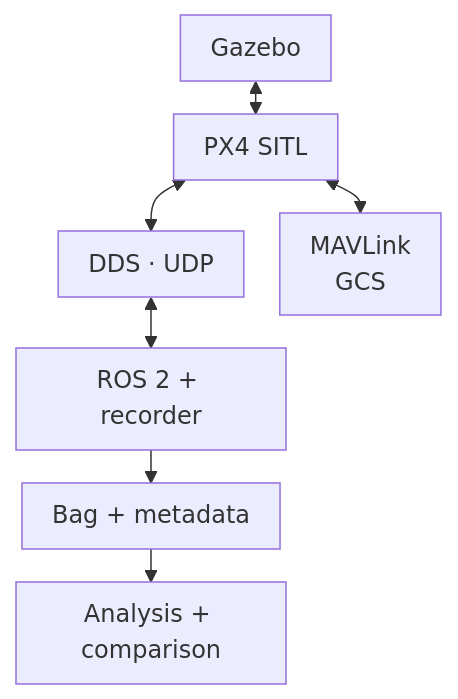
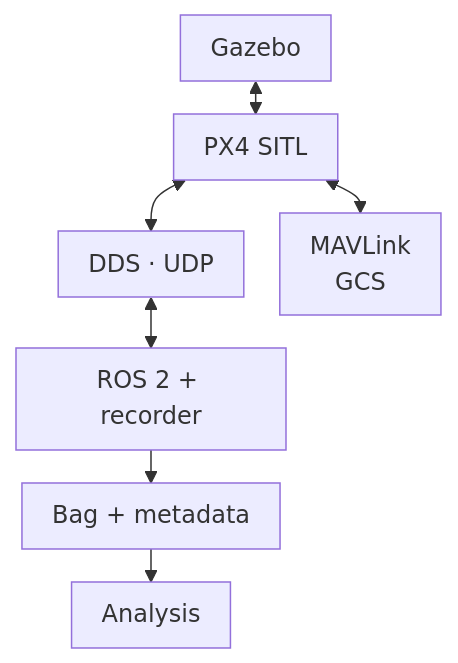
Before and after one commit to ANCL/px4-dev-toolkit: the first of 2 diagrams in docs/reference/architecture.md, drawn with Mermaid. The commit also changed other lines of this file and 31 other files, not shown here.

````diff
--- a/docs/reference/architecture.md
+++ b/docs/reference/architecture.md
@@ -14,18 +15,18 @@
 ```mermaid
 ---
 config:
   flowchart:
-    useMaxWidth: false
+    useMaxWidth: true
     wrappingWidth: 140
     padding: 10
     rankSpacing: 22
     nodeSpacing: 24
 ---
 flowchart TB
     G["Gazebo"] <--> P["PX4 SITL"]
     P <--> X["DDS · UDP"]
     X <--> R["ROS 2 + recorder"]
     P <--> M["MAVLink<br/>GCS"]
     R --> B["Bag + metadata"]
-    B --> A["Analysis + comparison"]
+    B --> A["Analysis"]
 ```
````
